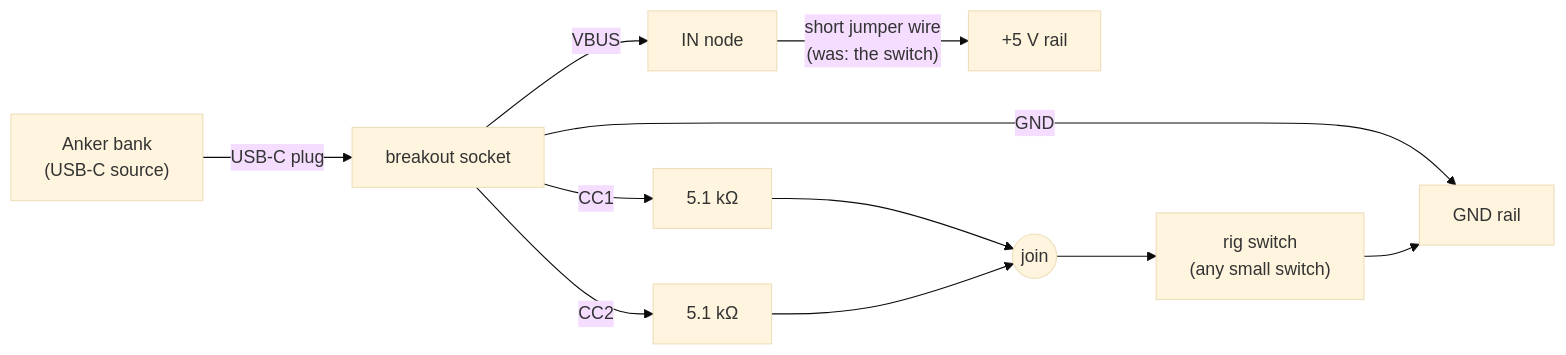
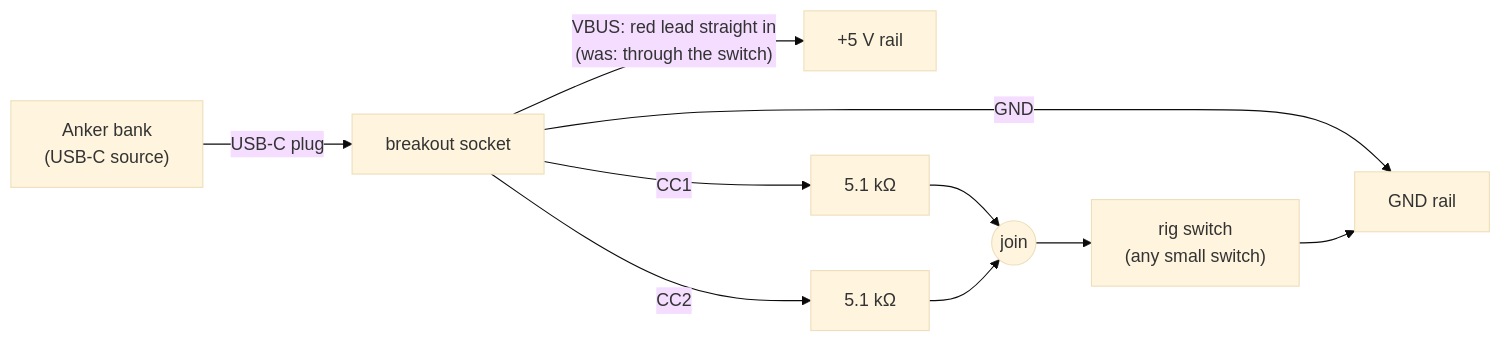
The second of 2 diagrams in docs/WIRING.md (qurle/x4), drawn with Mermaid (base theme) before and after one commit. The commit also changed other lines of this file and 6 other files, not shown here.

First line of the commit message:
Docs: drop the IN node; measure current across the open switch

````diff
--- a/docs/WIRING.md
+++ b/docs/WIRING.md
@@ -183,12 +180,12 @@
 ```mermaid
 flowchart LR
   BANK["Anker bank<br/>(USB-C source)"] -->|"USB-C plug"| REC["breakout socket"]
-  REC -->|"VBUS"| IN["IN node"] -->|"short jumper wire<br/>(was: the switch)"| PRAIL["+5 V rail"]
+  REC -->|"VBUS: red lead straight in<br/>(was: through the switch)"| PRAIL["+5 V rail"]
   REC -->|"GND"| GRAIL["GND rail"]
   REC -->|"CC1"| R1["5.1 kΩ"]
   REC -->|"CC2"| R2["5.1 kΩ"]
   R1 --> S(("join"))
   R2 --> S
   S --> SW["rig switch<br/>(any small switch)"]
   SW --> GRAIL
 ```
````
